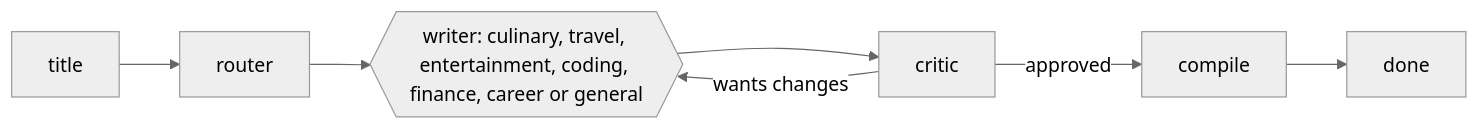
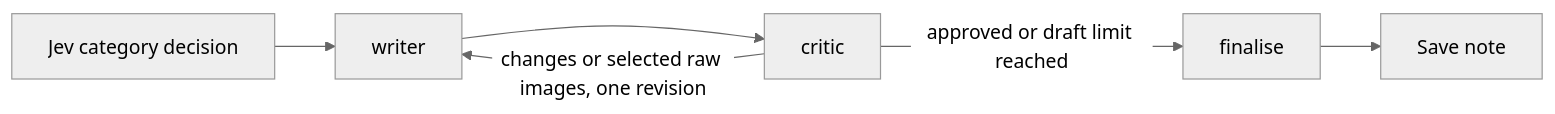
Before and after one commit to TiagoSantos16/AI_Personal_Assistant: the third of 4 diagrams in README.md, drawn with Mermaid (neutral theme). The commit also changed other lines of this file and 31 other files, not shown here.

````diff
--- a/README.md
+++ b/README.md
@@ -47,9 +48,8 @@
 ```mermaid
-graph LR
-    title --> router
-    router --> w{{writer: culinary, travel, entertainment, coding, finance, career or general}}
-    w --> critic
-    critic -->|approved| compile
-    critic -->|wants changes| w
-    compile --> done
+flowchart LR
+    category[Jev category decision] --> writer
+    writer --> critic
+    critic -->|approved or draft limit reached| finalise
+    critic -->|changes or selected raw images, one revision| writer
+    finalise --> done[Save note]
 ```
````
